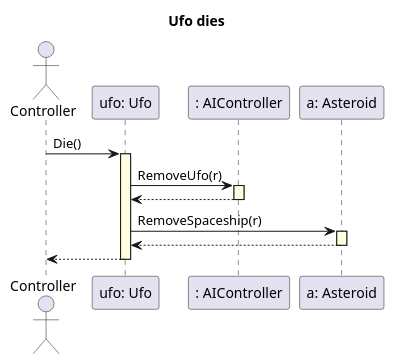
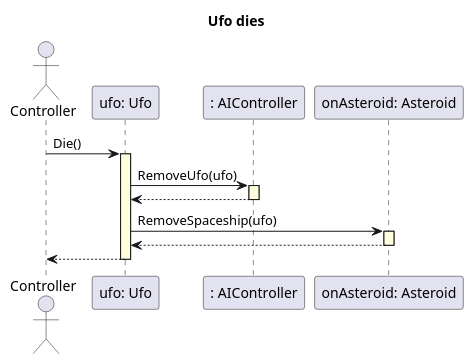
One commit to triszt4n/projlab_holy_oil changed the diagram in uml/original_seq_diagrams/die_ufo.plantuml. Above: the diagram before and after it, drawn with PlantUML. The commit also changed 2 other files, not shown here.

```diff
--- a/uml/original_seq_diagrams/die_ufo.plantuml
+++ b/uml/original_seq_diagrams/die_ufo.plantuml
@@ -1,17 +1,17 @@
 @startuml
 
 skinparam SequenceLifeLineBackgroundColor LightYellow
 title "Ufo dies"
 actor Controller as control
 participant "ufo: Ufo" as robot
 participant ": AIController" as robotcontroller
-participant "a: Asteroid" as asteroid
+participant "onAsteroid: Asteroid" as asteroid
 
 control -> robot ++: Die()
-robot -> robotcontroller ++: RemoveUfo(r)
+robot -> robotcontroller ++: RemoveUfo(ufo)
 robotcontroller --> robot --
-robot -> asteroid ++: RemoveSpaceship(r)
+robot -> asteroid ++: RemoveSpaceship(ufo)
 asteroid --> robot --
 robot --> control --
 
 @enduml
```
